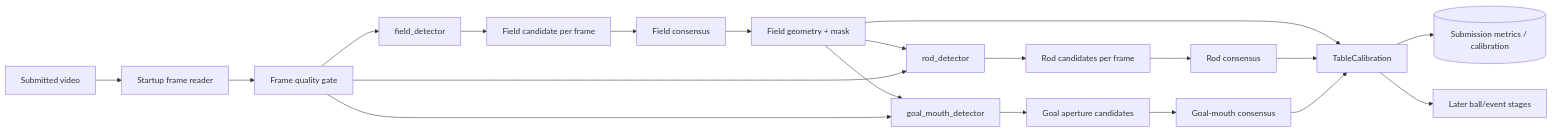
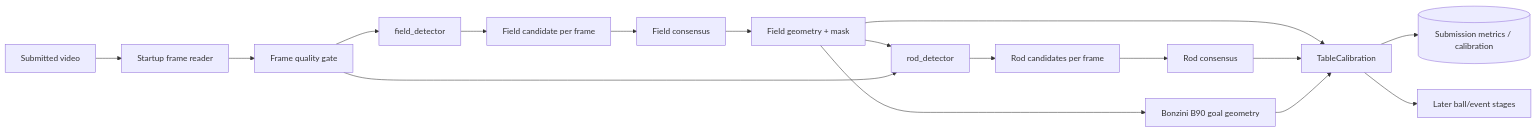
The first of 2 diagrams in docs/DETECTION_PLAN.md (Adrian735/Foosball-Academy-AI), drawn with Mermaid before and after one commit. The commit also changed other lines of this file and 16 other files, not shown here.

````diff
--- a/docs/DETECTION_PLAN.md
+++ b/docs/DETECTION_PLAN.md
@@ -93,22 +95,19 @@
 ```mermaid
 flowchart LR
     V[Submitted video] --> R[Startup frame reader]
     R --> Q[Frame quality gate]
     Q --> F[field_detector]
     F --> C[Field candidate per frame]
     C --> FC[Field consensus]
     FC --> M[Field geometry + mask]
     M --> RD[rod_detector]
     Q --> RD
     RD --> RC[Rod candidates per frame]
     RC --> RCS[Rod consensus]
-    M --> GD[goal_mouth_detector]
-    Q --> GD
-    GD --> GC[Goal aperture candidates]
-    GC --> GCS[Goal-mouth consensus]
+    M --> GM[Bonzini B90 goal geometry]
     M --> CAL[TableCalibration]
     RCS --> CAL
-    GCS --> CAL
+    GM --> CAL
     CAL --> DB[(Submission metrics / calibration)]
     CAL --> NEXT[Later ball/event stages]
 ```
````
